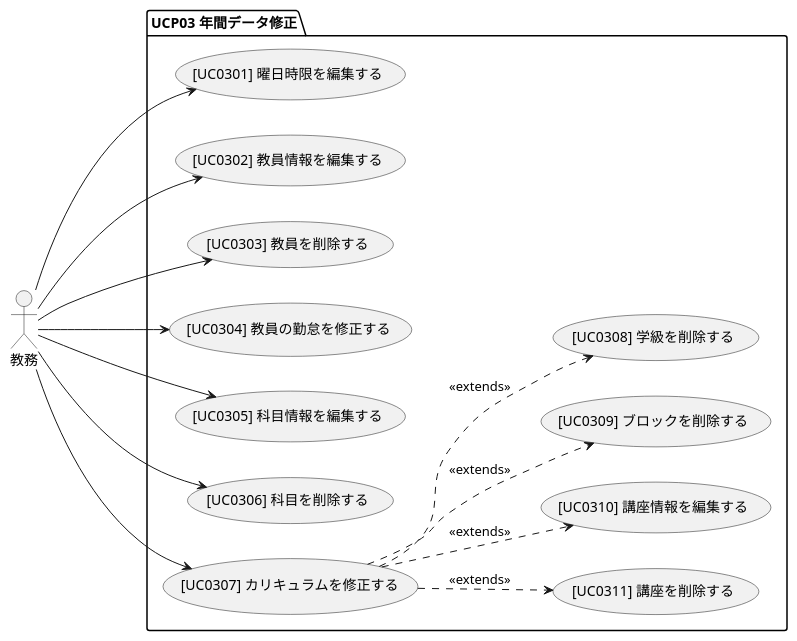
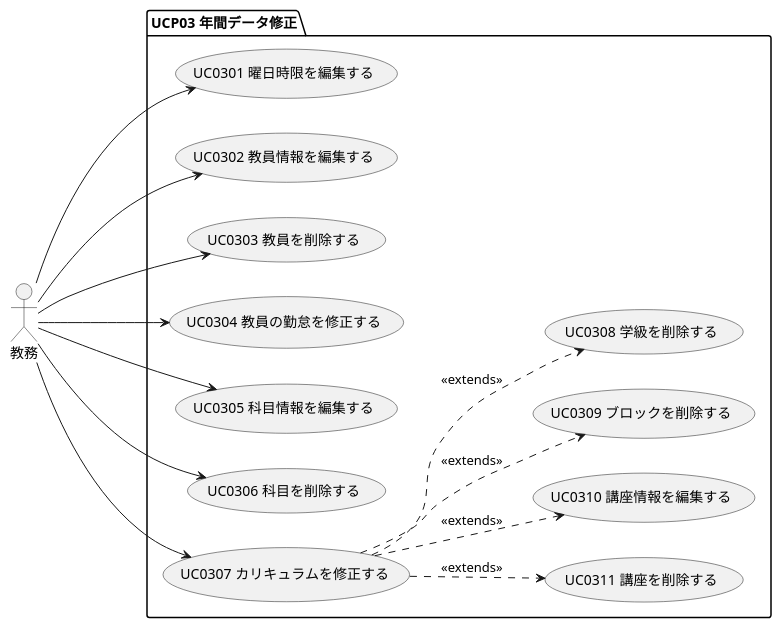
The diagram in docs/03_システム要件定義/01_ユースケース図/UCP03_年間データ修正.pu (takayanag-i/working-in-progress), drawn with PlantUML before and after one commit. The commit also changed 2 other files, not shown here.

Commit message:
[FIX] UC図の括弧削除

```diff
--- a/docs/03_システム要件定義/01_ユースケース図/UCP03_年間データ修正.pu
+++ b/docs/03_システム要件定義/01_ユースケース図/UCP03_年間データ修正.pu
@@ -1,20 +1,20 @@
 @startuml usecase diagram
 left to right direction
 
 actor 教務
 
 package "UCP03 年間データ修正" {
-    教務--->([UC0301] 曜日時限を編集する)
-    教務--->([UC0302] 教員情報を編集する)
-    教務--->([UC0303] 教員を削除する)
-    教務--->([UC0304] 教員の勤怠を修正する)
-    教務--->([UC0305] 科目情報を編集する)
-    教務--->([UC0306] 科目を削除する)
-    教務--->([UC0307] カリキュラムを修正する)
+    教務--->(UC0301 曜日時限を編集する)
+    教務--->(UC0302 教員情報を編集する)
+    教務--->(UC0303 教員を削除する)
+    教務--->(UC0304 教員の勤怠を修正する)
+    教務--->(UC0305 科目情報を編集する)
+    教務--->(UC0306 科目を削除する)
+    教務--->(UC0307 カリキュラムを修正する)
 
-    ([UC0307] カリキュラムを修正する) ..> ([UC0311] 講座を削除する) : <<extends>>
-    ([UC0307] カリキュラムを修正する) ..> ([UC0310] 講座情報を編集する) : <<extends>>
-    ([UC0307] カリキュラムを修正する) ..> ([UC0309] ブロックを削除する) : <<extends>>
-    ([UC0307] カリキュラムを修正する) ..> ([UC0308] 学級を削除する) : <<extends>> 
+    (UC0307 カリキュラムを修正する) ..> (UC0311 講座を削除する) : <<extends>>
+    (UC0307 カリキュラムを修正する) ..> (UC0310 講座情報を編集する) : <<extends>>
+    (UC0307 カリキュラムを修正する) ..> (UC0309 ブロックを削除する) : <<extends>>
+    (UC0307 カリキュラムを修正する) ..> (UC0308 学級を削除する) : <<extends>> 
 }
 @enduml
```
